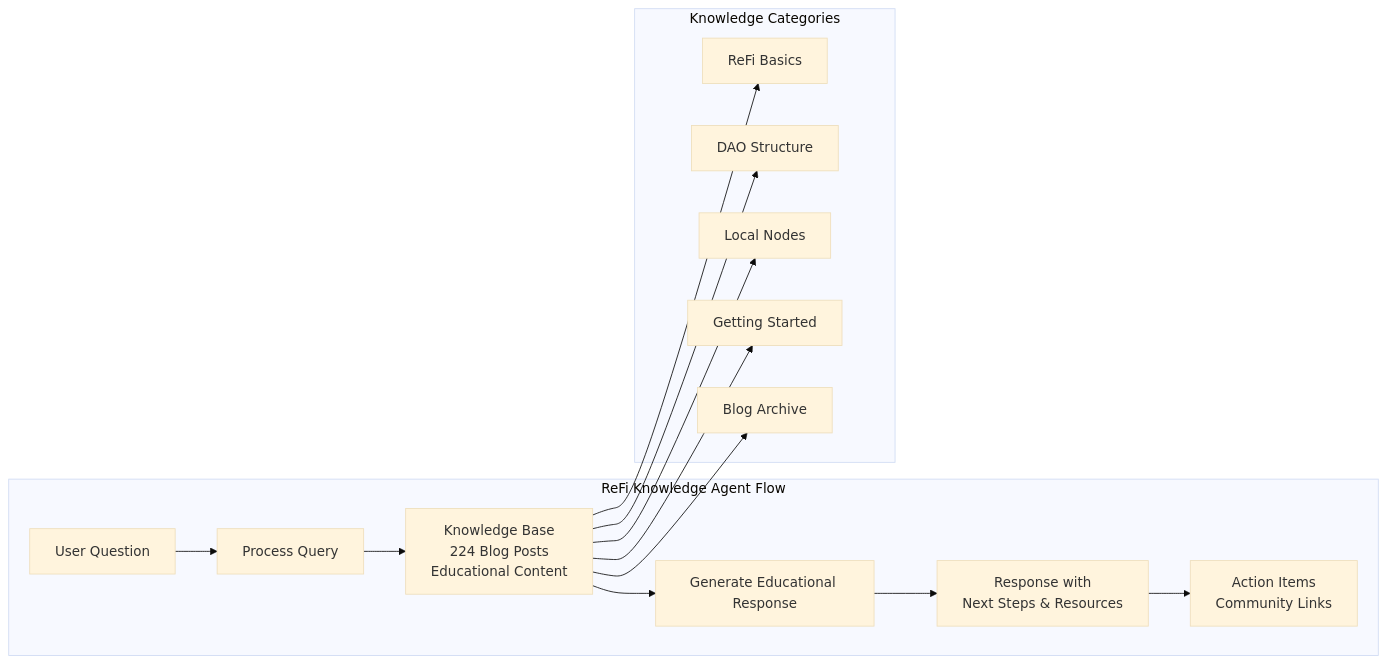
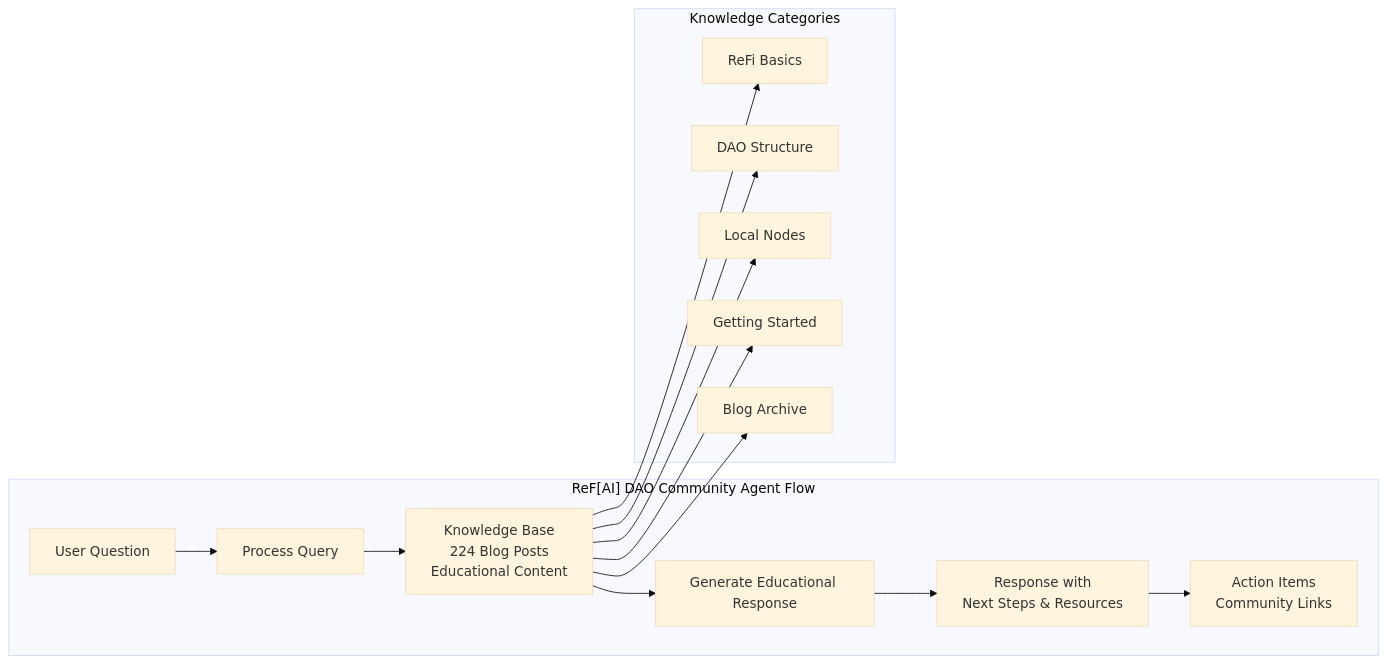
Before and after one commit to ReFiDAO/regen_eliza-refi_dao: the second of 10 diagrams in README_full.md, drawn with Mermaid (base theme). The commit also changed other lines of this file and 19 other files, not shown here.

First line of the commit message:
feat: Update agent branding to ReF[AI] and split practical capability diagrams

````diff
--- a/README_full.md
+++ b/README_full.md
@@ -146,24 +146,24 @@
 ```mermaid
 graph LR
-    subgraph "ReFi Knowledge Agent Flow"
+    subgraph "ReF[AI] DAO Community Agent Flow"
         U[User Question] --> P[Process Query]
         P --> K[Knowledge Base<br/>224 Blog Posts<br/>Educational Content]
         K --> G[Generate Educational Response]
         G --> R[Response with<br/>Next Steps & Resources]
         R --> A[Action Items<br/>Community Links]
     end
     
     subgraph "Knowledge Categories"
         K1[ReFi Basics]
         K2[DAO Structure]
         K3[Local Nodes]
         K4[Getting Started]
         K5[Blog Archive]
     end
     
     K --> K1
     K --> K2
     K --> K3
     K --> K4
     K --> K5
 ```
````
